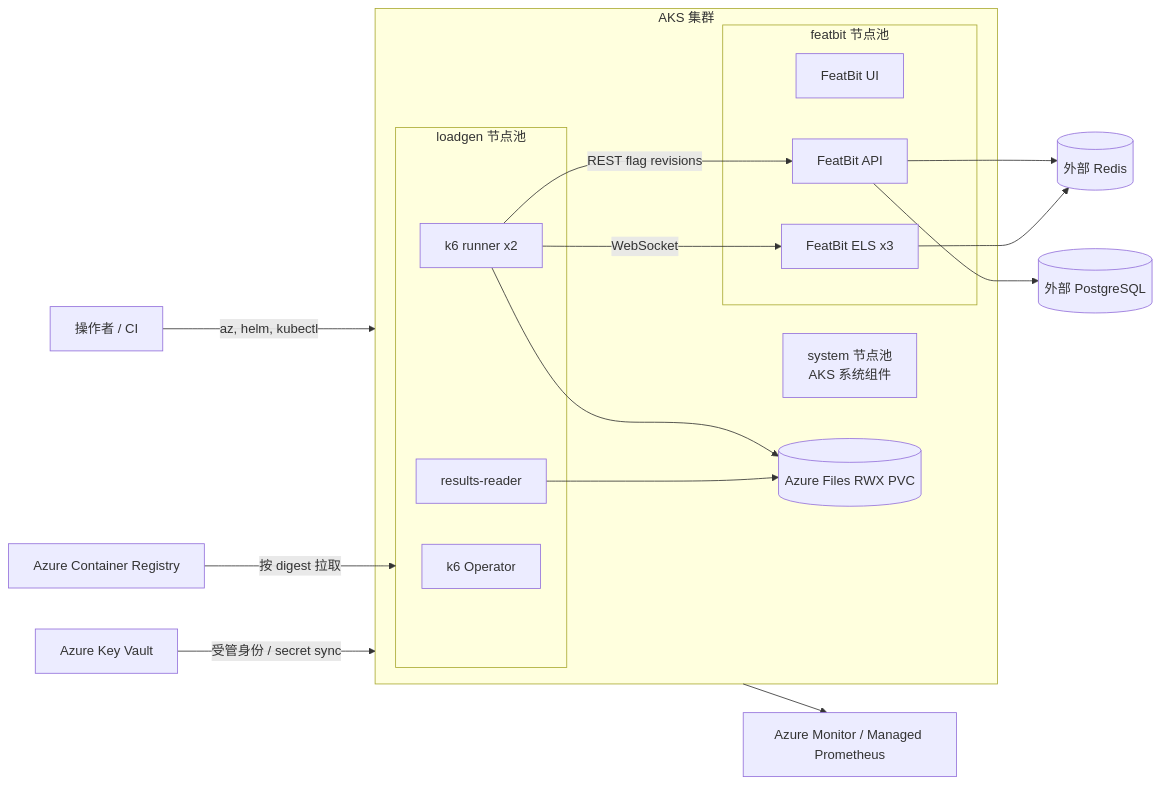
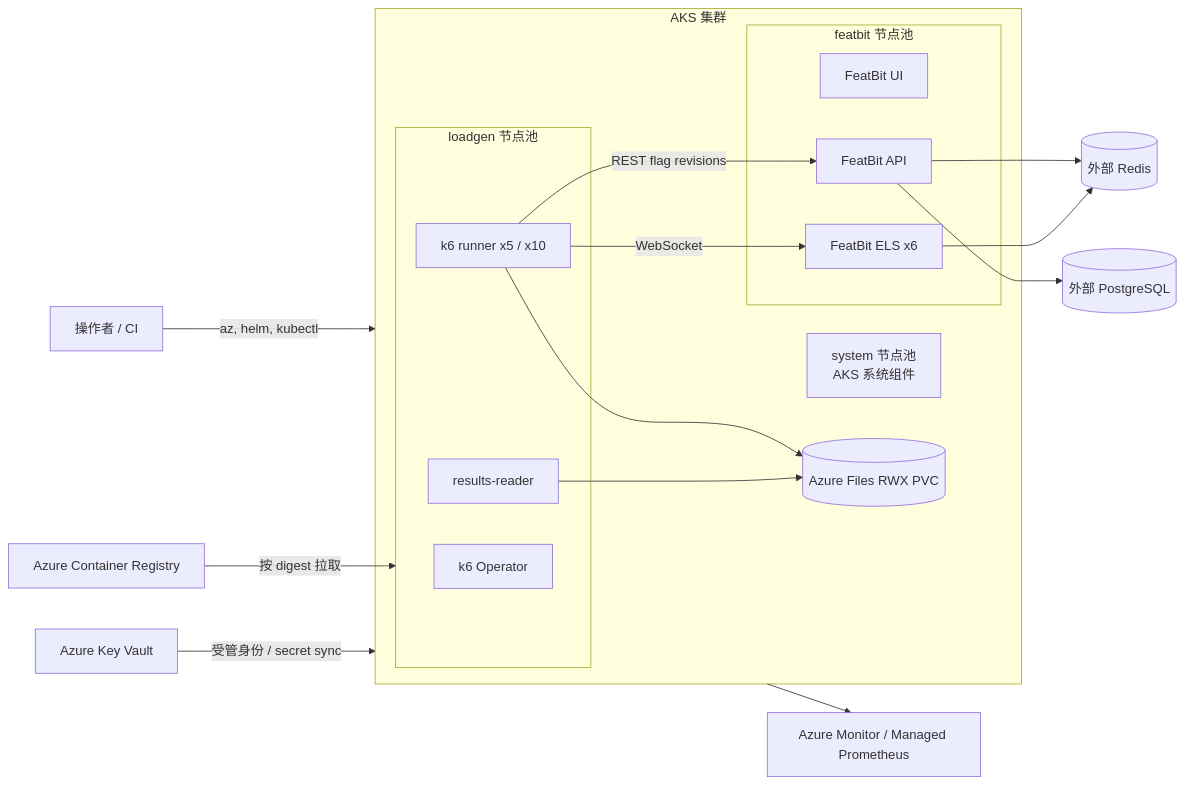
The diagram in k8s-infra/README-AKS.md (featbit/featbit-load-testing), drawn with Mermaid before and after one commit. The commit also changed other lines of this file and 26 other files, not shown here.

````diff
--- a/k8s-infra/README-AKS.md
+++ b/k8s-infra/README-AKS.md
@@ -71,30 +74,30 @@
 ```mermaid
 flowchart LR
     Operator[操作者 / CI] -->|az, helm, kubectl| AKS
     ACR[Azure Container Registry] -->|按 digest 拉取| Loadgen
     KV[Azure Key Vault] -->|受管身份 / secret sync| AKS
 
     subgraph AKS[AKS 集群]
         System[system 节点池<br/>AKS 系统组件]
         subgraph Target[featbit 节点池]
             UI[FeatBit UI]
             API[FeatBit API]
-            ELS[FeatBit ELS x3]
+            ELS[FeatBit ELS x6]
         end
         subgraph Loadgen[loadgen 节点池]
             K6O[k6 Operator]
-            Runner[k6 runner x2]
+            Runner[k6 runner x5 / x10]
             Results[results-reader]
         end
         Files[(Azure Files RWX PVC)]
     end
 
     Runner -->|WebSocket| ELS
     Runner -->|REST flag revisions| API
     Runner --> Files
     Results --> Files
     API --> PG[(外部 PostgreSQL)]
     API --> Redis[(外部 Redis)]
     ELS --> Redis
     AKS --> Monitor[Azure Monitor / Managed Prometheus]
 ```
````
